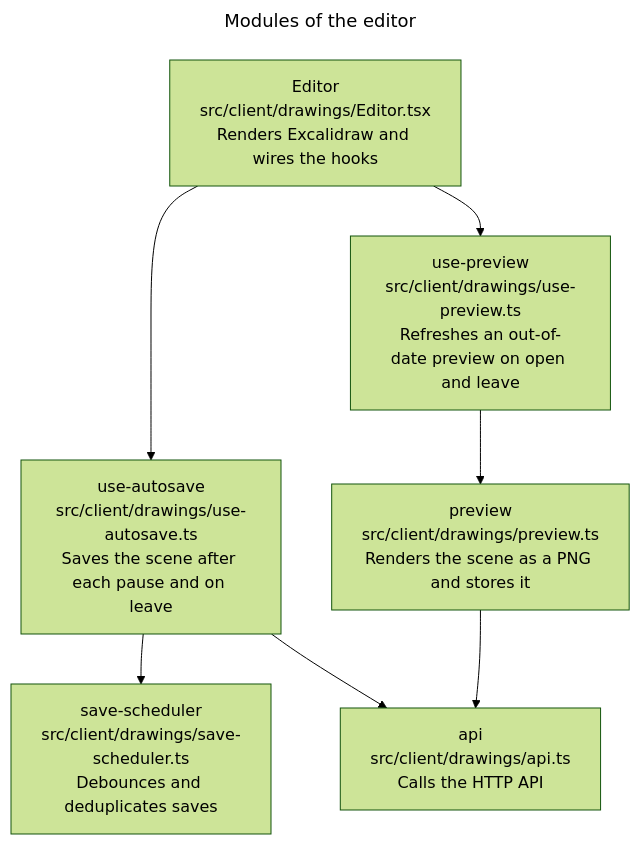
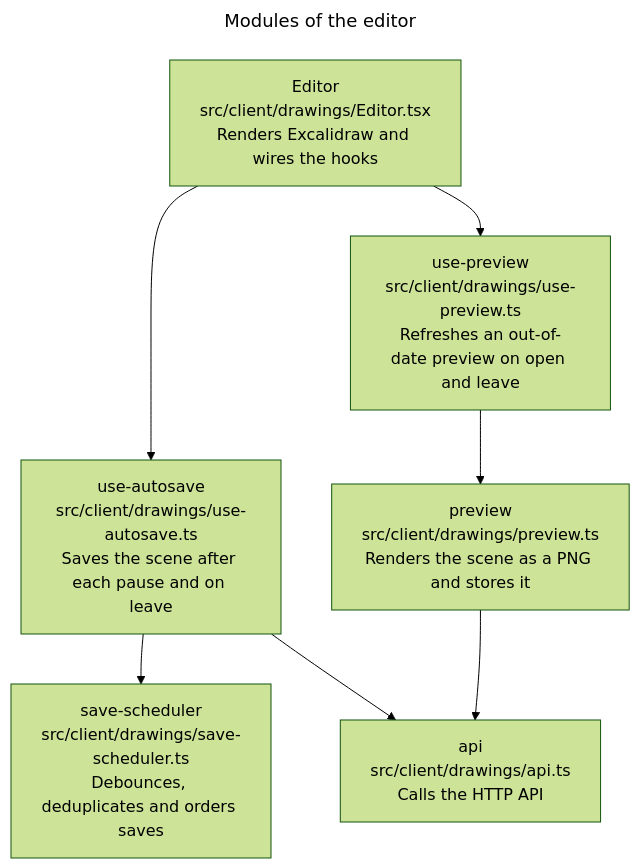
One commit to remshams/excalidraw-dashboard changed the sixth of 9 diagrams in docs/architecture/architecture.md. Above: the diagram before and after it, drawn with Mermaid (forest theme). The commit also changed other lines of this file and 1 other file, not shown here.

Commit message:
docs(Architecture): note that scene saves run one at a time

````diff
--- a/docs/architecture/architecture.md
+++ b/docs/architecture/architecture.md
@@ -141,16 +141,16 @@
 ```mermaid
 ---
 title: Modules of the editor
 ---
 flowchart TD
     editor["Editor<br>src/client/drawings/Editor.tsx<br>Renders Excalidraw and wires the hooks"]:::module
     autosave["use-autosave<br>src/client/drawings/use-autosave.ts<br>Saves the scene after each pause and on leave"]:::module
-    scheduler["save-scheduler<br>src/client/drawings/save-scheduler.ts<br>Debounces and deduplicates saves"]:::module
+    scheduler["save-scheduler<br>src/client/drawings/save-scheduler.ts<br>Debounces, deduplicates and orders saves"]:::module
     usePreview["use-preview<br>src/client/drawings/use-preview.ts<br>Refreshes an out-of-date preview on open and leave"]:::module
     preview["preview<br>src/client/drawings/preview.ts<br>Renders the scene as a PNG and stores it"]:::module
     api["api<br>src/client/drawings/api.ts<br>Calls the HTTP API"]:::module
     editor --> autosave & usePreview
     autosave --> scheduler & api
     usePreview --> preview
     preview --> api
 ```
````
